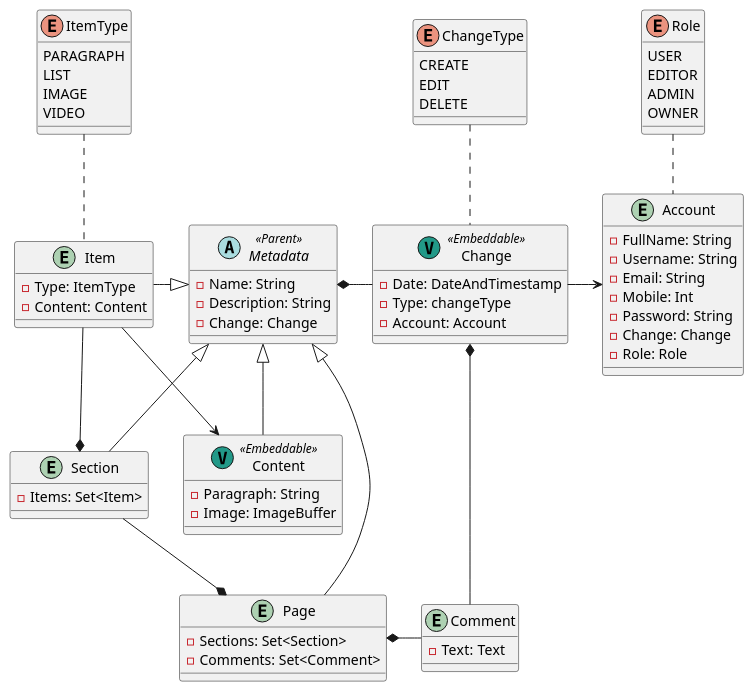
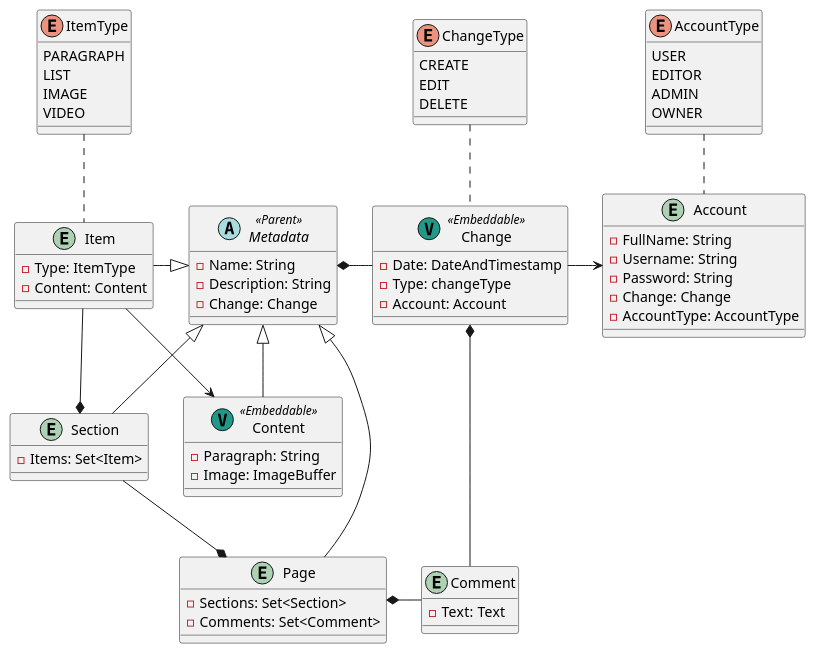
The diagram in src/main/plantuml/5. Main - Production.puml (LouisFerro/HFW-HighlyFunctionalWiki), drawn with PlantUML before and after one commit.

Commit message:
Refactoring of UML for better code structure. Removement of two redundant attributes for sake of simplicity.

```diff
--- a/src/main/plantuml/5. Main - Production.puml
+++ b/src/main/plantuml/5. Main - Production.puml
@@ -1,101 +1,99 @@
 @startuml
 'https://plantuml.com/class-diagram'
-
-entity Account
-{
-    - FullName: String
-    - Username: String
-    - Email: String
-    - Mobile: Int
-    - Password: String
-    - Change: Change
-    - Role: Role
-}
-
-enum Role
-{
-    USER
-    EDITOR
-    ADMIN
-    OWNER
-}
-
-entity Change <<(V, #229988)Embeddable>>
-{
-    - Date: DateAndTimestamp
-    - Type: changeType
-    - Account: Account
-}
-
-enum ChangeType
-{
-    CREATE
-    EDIT
-    DELETE
-}
 
 abstract class Metadata <<Parent>>
 {
     - Name: String
     - Description: String
     - Change: Change
 }
 
 entity Page
 {
     - Sections: Set<Section>
     - Comments: Set<Comment>
-}
-
-entity Comment
-{
-    - Text: Text
 }
 
 entity Section
 {
     - Items: Set<Item>
 }
 
 entity Item
 {
     - Type: ItemType
     - Content: Content
 }
 
 enum ItemType
 {
     PARAGRAPH
     LIST
     IMAGE
     VIDEO
 }
 
 entity Content <<(V, #229988)Embeddable>>
 {
     - Paragraph: String
     - Image: ImageBuffer
 }
 
+entity Comment
+{
+    - Text: Text
+}
+
+entity Account
+{
+    - FullName: String
+    - Username: String
+    - Password: String
+    - Change: Change
+    - AccountType: AccountType
+}
+
+enum AccountType
+{
+    USER
+    EDITOR
+    ADMIN
+    OWNER
+}
+
+entity Change <<(V, #229988)Embeddable>>
+{
+    - Date: DateAndTimestamp
+    - Type: changeType
+    - Account: Account
+}
+
+enum ChangeType
+{
+    CREATE
+    EDIT
+    DELETE
+}
+
 Page -up-|> Metadata
 
 Section -up-|> Metadata
 Section -down-* Page
 
 Item -right-|> Metadata
 Item -down-* Section
 Item -down-> Content
 Item .up. ItemType
 
+Content -up-|> Metadata
+
 Comment -up-* Change
 Comment -left-* Page
-
-Content -up-|> Metadata
 
 Change -left-* Metadata
 Change -right-> Account
 Change .up. ChangeType
 
-Account .up. Role
+Account .up. AccountType
 
 @enduml
```
